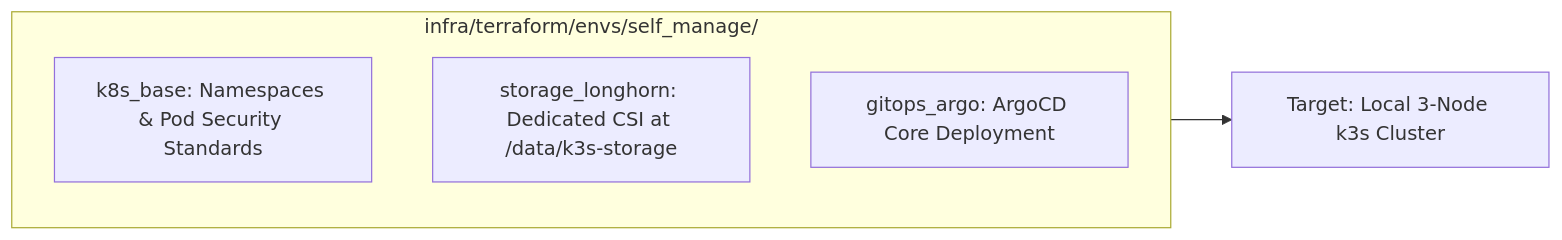
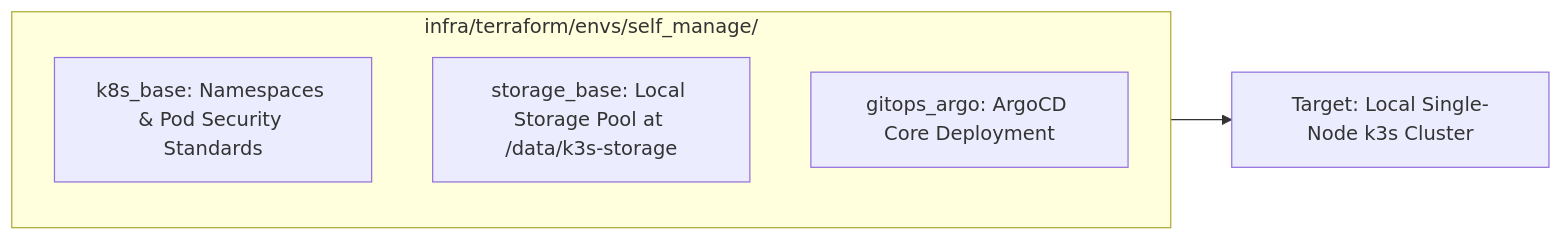
One commit to gxxtrp/CloudNative-DataPlatform changed the second of 3 diagrams in docs/setup/README.md. Above: the diagram before and after it, drawn with Mermaid. The commit also changed other lines of this file and 4 other files, not shown here.

First line of the commit message:
docs: update platform documentation for single-node k3s and local-path storage

````diff
--- a/docs/setup/README.md
+++ b/docs/setup/README.md
@@ -160,10 +149,10 @@
 ```mermaid
 flowchart LR
     subgraph Terraform["infra/terraform/envs/self_manage/"]
         M1[k8s_base: Namespaces & Pod Security Standards]
-        M2[storage_longhorn: Dedicated CSI at /data/k3s-storage]
+        M2[storage_base: Local Storage Pool at /data/k3s-storage]
         M3[gitops_argo: ArgoCD Core Deployment]
     end
 
-    Terraform --> K8S[Target: Local 3-Node k3s Cluster]
+    Terraform --> K8S[Target: Local Single-Node k3s Cluster]
 ```
````
